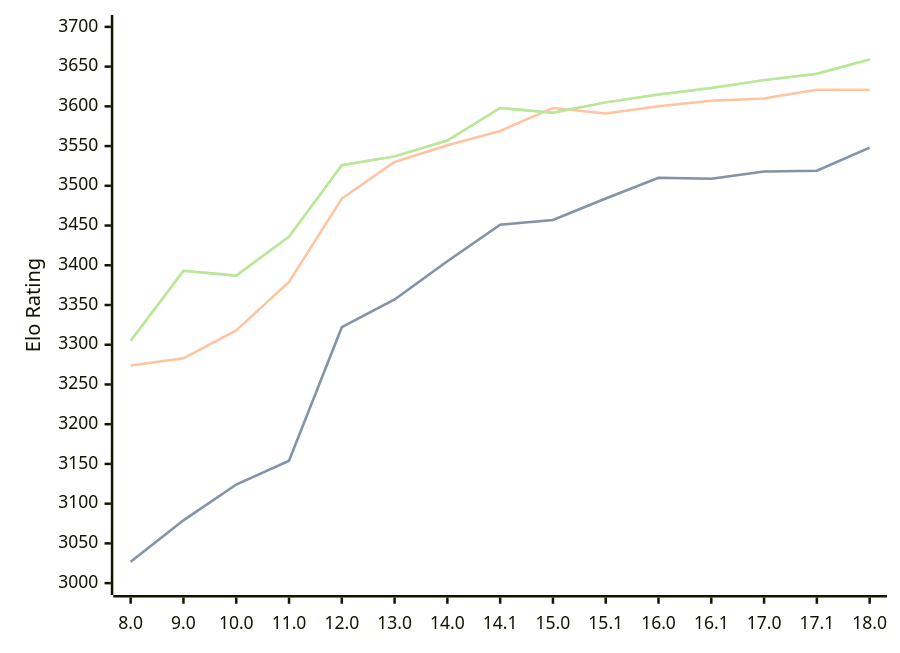
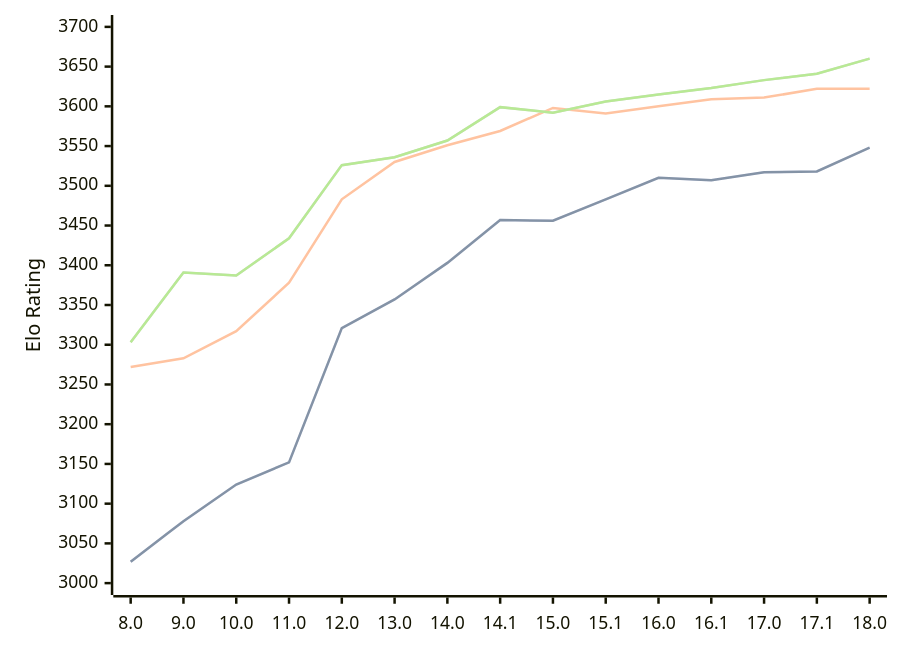
The diagram in engines/Stockfish.md (computer-chess-index/cci), drawn with Mermaid before and after one commit. The commit also changed other lines of this file, not shown here.

Commit message:
Update CCI Ratings (ELO VLTC) - 2026-03-12

````diff
--- a/engines/Stockfish.md
+++ b/engines/Stockfish.md
@@ -44,11 +44,11 @@
 ```mermaid
 %%{init: {"theme":"base","themeVariables":{"seriesColors:['#a3a3a3','#222221','#faa371']}}}%%
 xychart-beta
   x-axis ["8.0", "9.0", "10.0", "11.0", "12.0", "13.0", "14.0", "14.1", "15.0", "15.1", "16.0", "16.1", "17.0", "17.1", "18.0"]
   y-axis "Elo Rating" 3000 --> 3700
-  line "STC (8.0+0.08s)" [3027, 3079, 3124, 3154, 3322, 3357, 3405, 3451, 3457, 3484, 3510, 3509, 3518, 3519, 3548]
-  line "STC (8.0+0.08s)" [3027, 3079, 3124, 3154, 3322, 3357, 3405, 3451, 3457, 3484, 3510, 3509, 3518, 3519, 3548]
-  line "LTC (60.0+0.60s)" [3274, 3283, 3318, 3379, 3484, 3530, 3551, 3569, 3598, 3591, 3600, 3607, 3610, 3621, 3621]
-  line "VLTC (2m24s+1.12s)" [3305, 3393, 3387, 3436, 3526, 3537, 3557, 3598, 3592, 3605, 3615, 3623, 3633, 3641, 3659]
-  line "VLTC (2m24s+1.12s)" [3305, 3393, 3387, 3436, 3526, 3537, 3557, 3598, 3592, 3605, 3615, 3623, 3633, 3641, 3659]
+  line "STC (8.0+0.08s)" [3027, 3078, 3124, 3152, 3321, 3357, 3403, 3457, 3456, 3483, 3510, 3507, 3517, 3518, 3548]
+  line "STC (8.0+0.08s)" [3027, 3078, 3124, 3152, 3321, 3357, 3403, 3457, 3456, 3483, 3510, 3507, 3517, 3518, 3548]
+  line "LTC (60.0+0.60s)" [3272, 3283, 3317, 3378, 3483, 3530, 3551, 3569, 3598, 3591, 3600, 3609, 3611, 3622, 3622]
+  line "VLTC (2m24s+1.12s)" [3303, 3391, 3387, 3434, 3526, 3536, 3557, 3599, 3592, 3606, 3615, 3623, 3633, 3641, 3660]
+  line "VLTC (2m24s+1.12s)" [3303, 3391, 3387, 3434, 3526, 3536, 3557, 3599, 3592, 3606, 3615, 3623, 3633, 3641, 3660]
 ```
````
